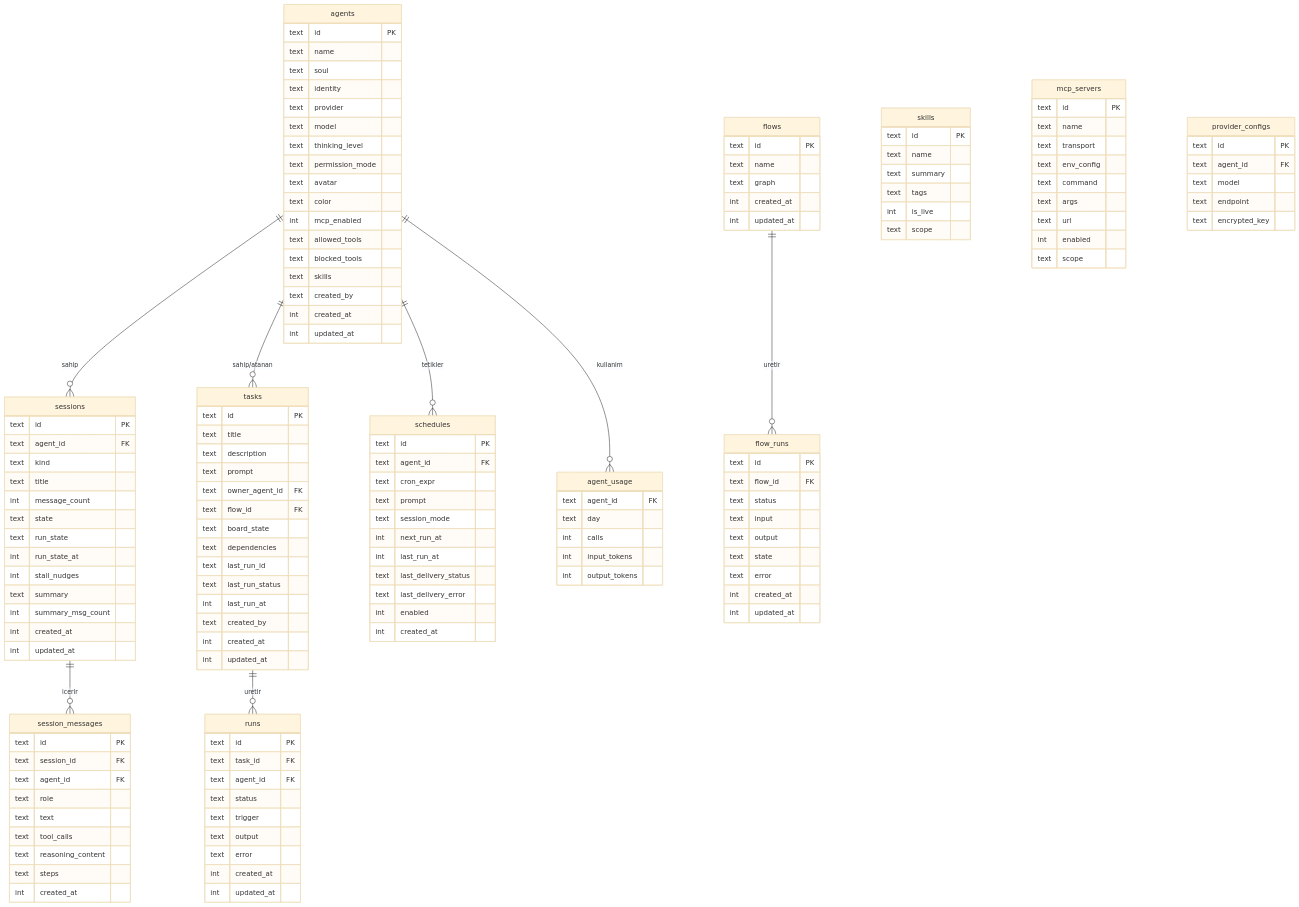
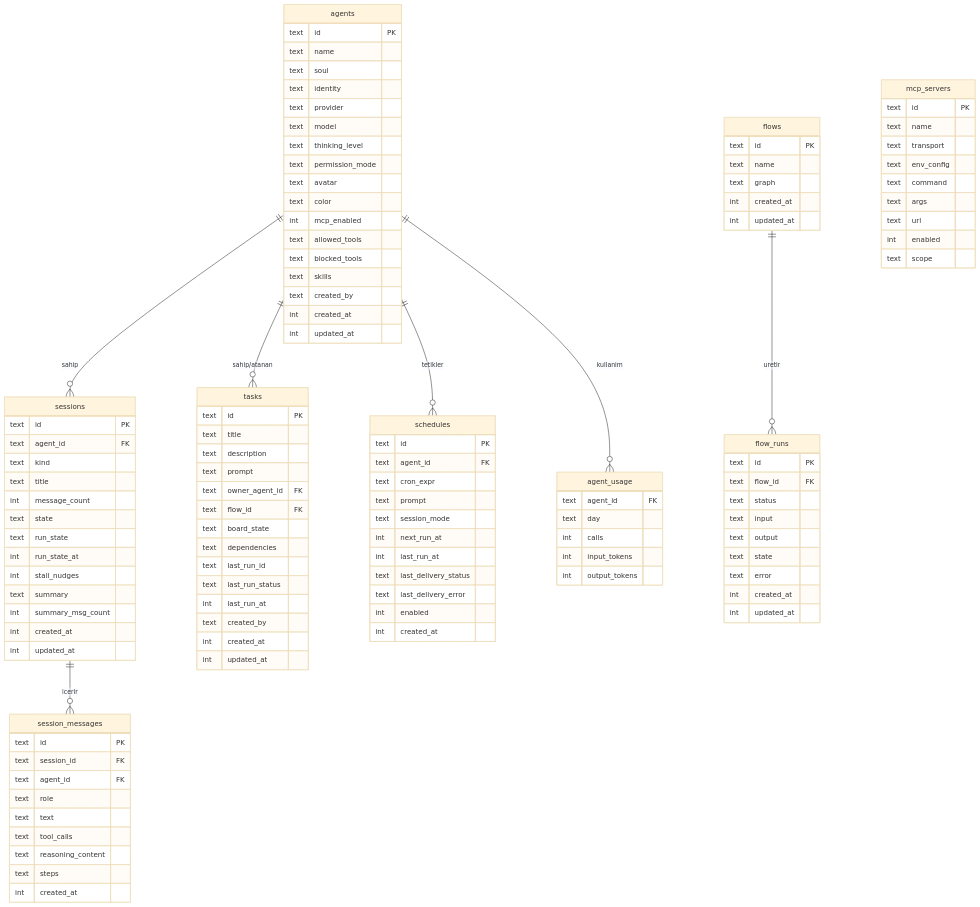
The diagram in _Docs/02-VERI-MODELI.md (bilal-arikan/tionharness), drawn with Mermaid (base theme) before and after one commit. The commit also changed other lines of this file and 101 other files, not shown here.

````diff
--- a/_Docs/02-VERI-MODELI.md
+++ b/_Docs/02-VERI-MODELI.md
@@ -17,7 +15,6 @@
     sessions ||--o{ session_messages : "icerir"
     agents ||--o{ tasks : "sahip/atanan"
     agents ||--o{ schedules : "tetikler"
-    tasks ||--o{ runs : "uretir"
     agents ||--o{ agent_usage : "kullanim"
     flows ||--o{ flow_runs : "uretir"
 
@@ -102,25 +99,6 @@
         int  enabled
         int  created_at
     }
-    runs {
-        text id PK
-        text task_id FK
-        text agent_id FK
-        text status
-        text trigger
-        text output
-        text error
-        int  created_at
-        int  updated_at
-    }
-    skills {
-        text id PK
-        text name
-        text summary
-        text tags
-        int  is_live
-        text scope
-    }
     mcp_servers {
         text id PK
         text name
@@ -150,11 +128,4 @@
         int  created_at
         int  updated_at
     }
-    provider_configs {
-        text id PK
-        text agent_id FK
-        text model
-        text endpoint
-        text encrypted_key
-    }
 ```
````
